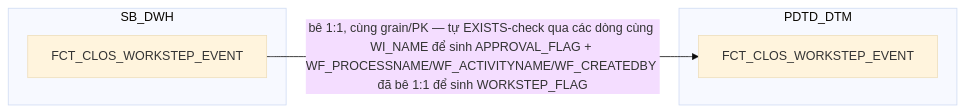
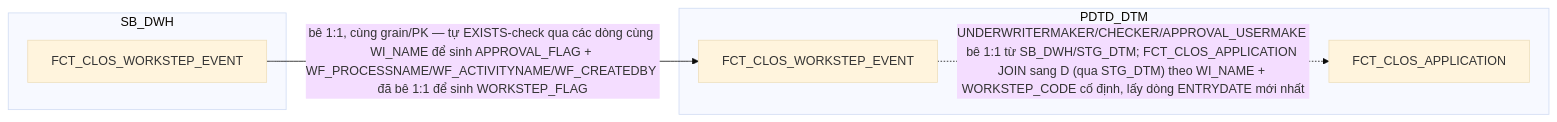
One commit to chien1198/sb-mapping-gen changed the eighth of 19 diagrams in hld/hld_review/HLD_FCT_PDTD_DTM_review.md. Above: the diagram before and after it, drawn with Mermaid (base theme). The commit also changed other lines of this file and 160 other files, not shown here.

````diff
--- a/hld/hld_review/HLD_FCT_PDTD_DTM_review.md
+++ b/hld/hld_review/HLD_FCT_PDTD_DTM_review.md
@@ -507,10 +508,12 @@
 ```mermaid
 flowchart LR
     subgraph SB_DWH
         C["FCT_CLOS_WORKSTEP_EVENT"]
     end
     subgraph PDTD_DTM
         D["FCT_CLOS_WORKSTEP_EVENT"]
+        AA["FCT_CLOS_APPLICATION"]
     end
     C -->|"bê 1:1, cùng grain/PK — tự EXISTS-check qua các dòng cùng WI_NAME để sinh APPROVAL_FLAG + WF_PROCESSNAME/WF_ACTIVITYNAME/WF_CREATEDBY đã bê 1:1 để sinh WORKSTEP_FLAG "| D
+    D -.->|"UNDERWRITERMAKER/CHECKER/APPROVAL_USERMAKE bê 1:1 từ SB_DWH/STG_DTM; FCT_CLOS_APPLICATION JOIN sang D (qua STG_DTM) theo WI_NAME + WORKSTEP_CODE cố định, lấy dòng ENTRYDATE mới nhất"| AA
 ```
````
